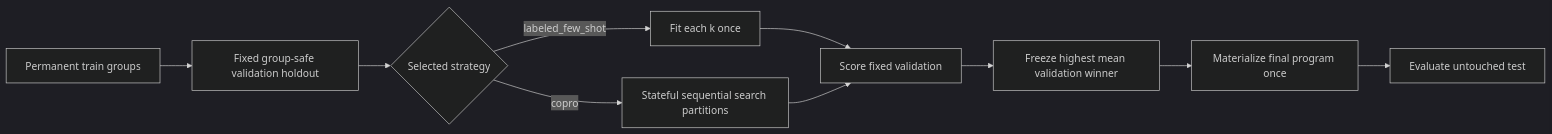
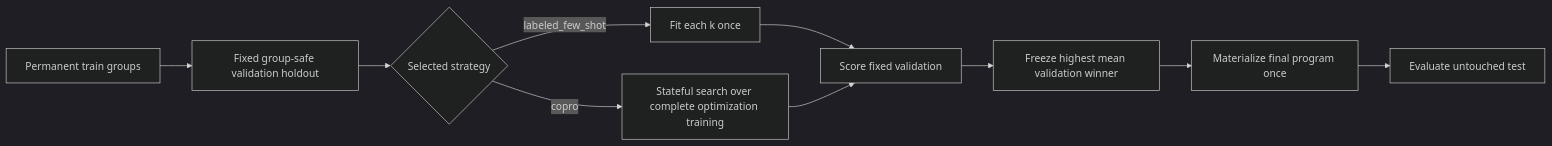
Before and after one commit to mainsequence-sdk/repo-agent-eval: the diagram in docs/training/index.md, drawn with Mermaid (dark theme). The commit also changed other lines of this file and 516 other files, not shown here.

Commit message:
feat: factorize COPRO optimization scopes

````diff
--- a/docs/training/index.md
+++ b/docs/training/index.md
@@ -9,12 +9,12 @@
 ```mermaid
 flowchart LR
     Train[Permanent train groups] --> Holdout[Fixed group-safe validation holdout]
     Holdout --> Strategy{Selected strategy}
     Strategy -->|labeled_few_shot| Demos[Fit each k once]
-    Strategy -->|copro| Partitions[Stateful sequential search partitions]
+    Strategy -->|copro| Search[Stateful search over complete optimization training]
     Demos --> Validation[Score fixed validation]
-    Partitions --> Validation
+    Search --> Validation
     Validation --> Select[Freeze highest mean validation winner]
     Select --> Materialize[Materialize final program once]
     Materialize --> Test[Evaluate untouched test]
 ```
````
